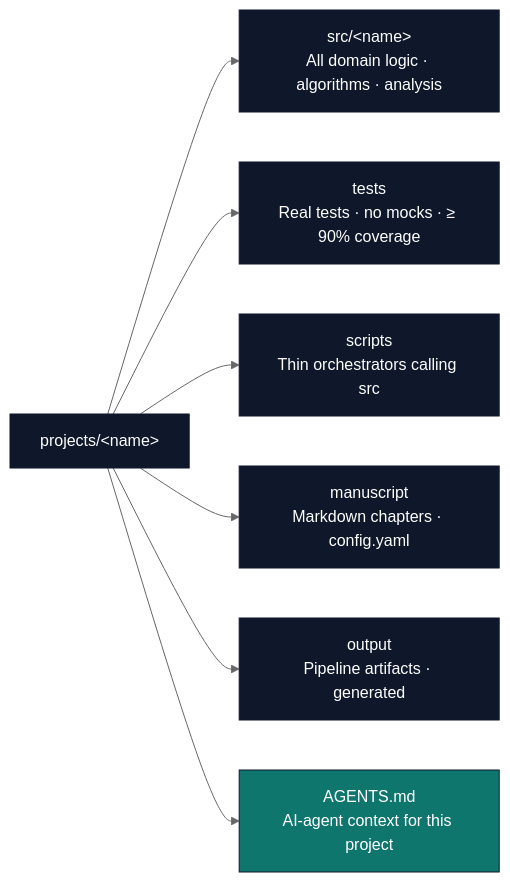
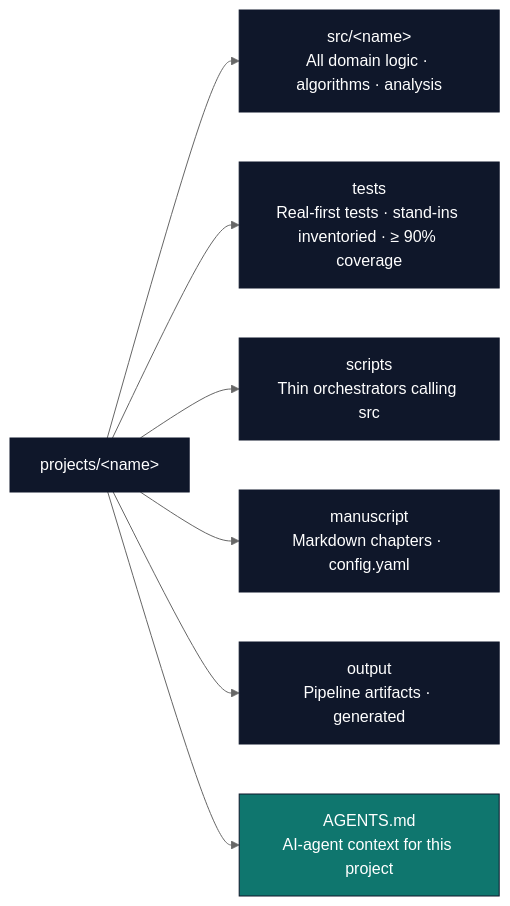
Before and after one commit to docxology/template: the second of 8 diagrams in .github/README.md, drawn with Mermaid (neutral theme). The commit also changed other lines of this file and 1741 other files, not shown here.

````diff
--- a/.github/README.md
+++ b/.github/README.md
@@ -324,15 +324,15 @@
 ```mermaid
 flowchart LR
     P[projects/&lt;name&gt;]
     P --> SRC[src/&lt;name&gt;<br/>All domain logic · algorithms · analysis]
-    P --> T[tests<br/>Real tests · no mocks · ≥ 90% coverage]
+    P --> T[tests<br/>Real-first tests · stand-ins inventoried · ≥ 90% coverage]
     P --> SC[scripts<br/>Thin orchestrators calling src]
     P --> M[manuscript<br/>Markdown chapters · config.yaml]
     P --> O[output<br/>Pipeline artifacts · generated]
     P --> AG[AGENTS.md<br/>AI-agent context for this project]
 
     classDef d fill:#0f172a,stroke:#0f172a,color:#fff
     classDef f fill:#0f766e,stroke:#0f172a,color:#fff
     class P,SRC,T,SC,M,O d
     class AG f
 ```
````
